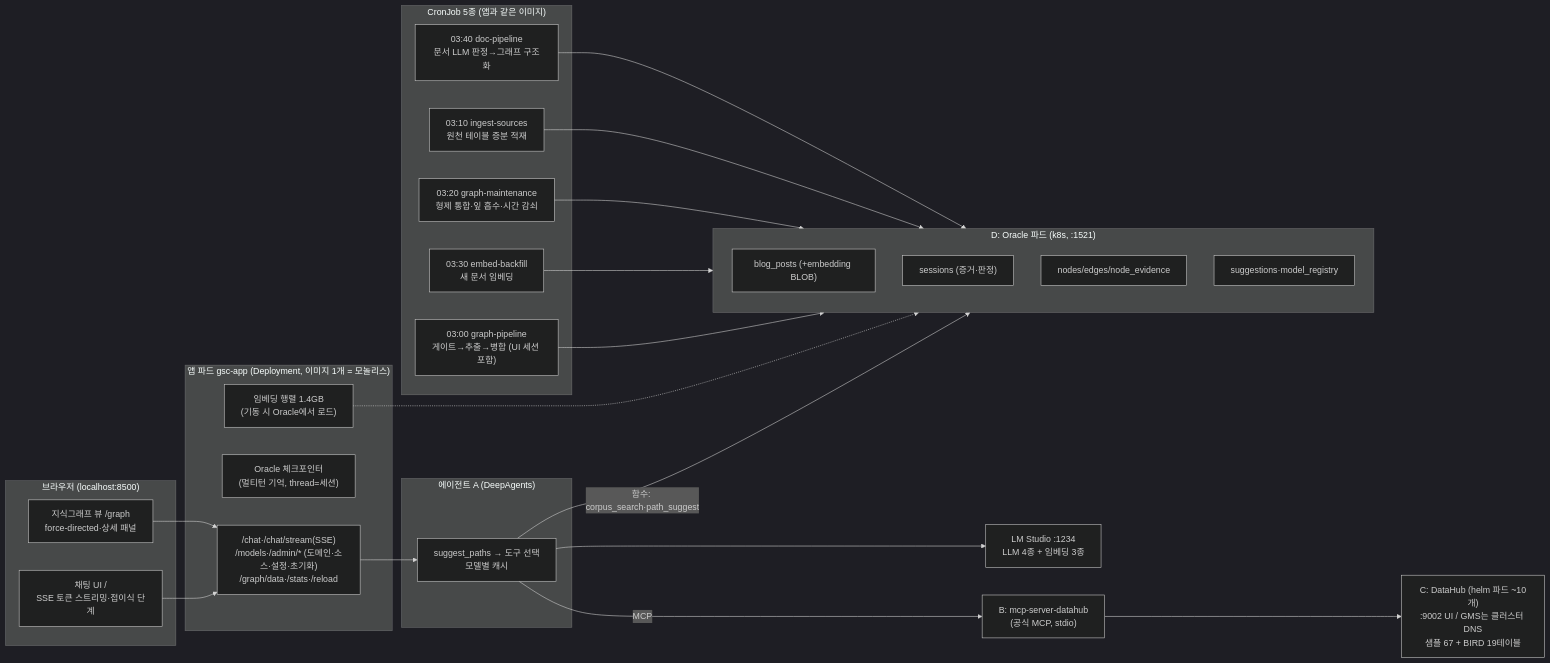
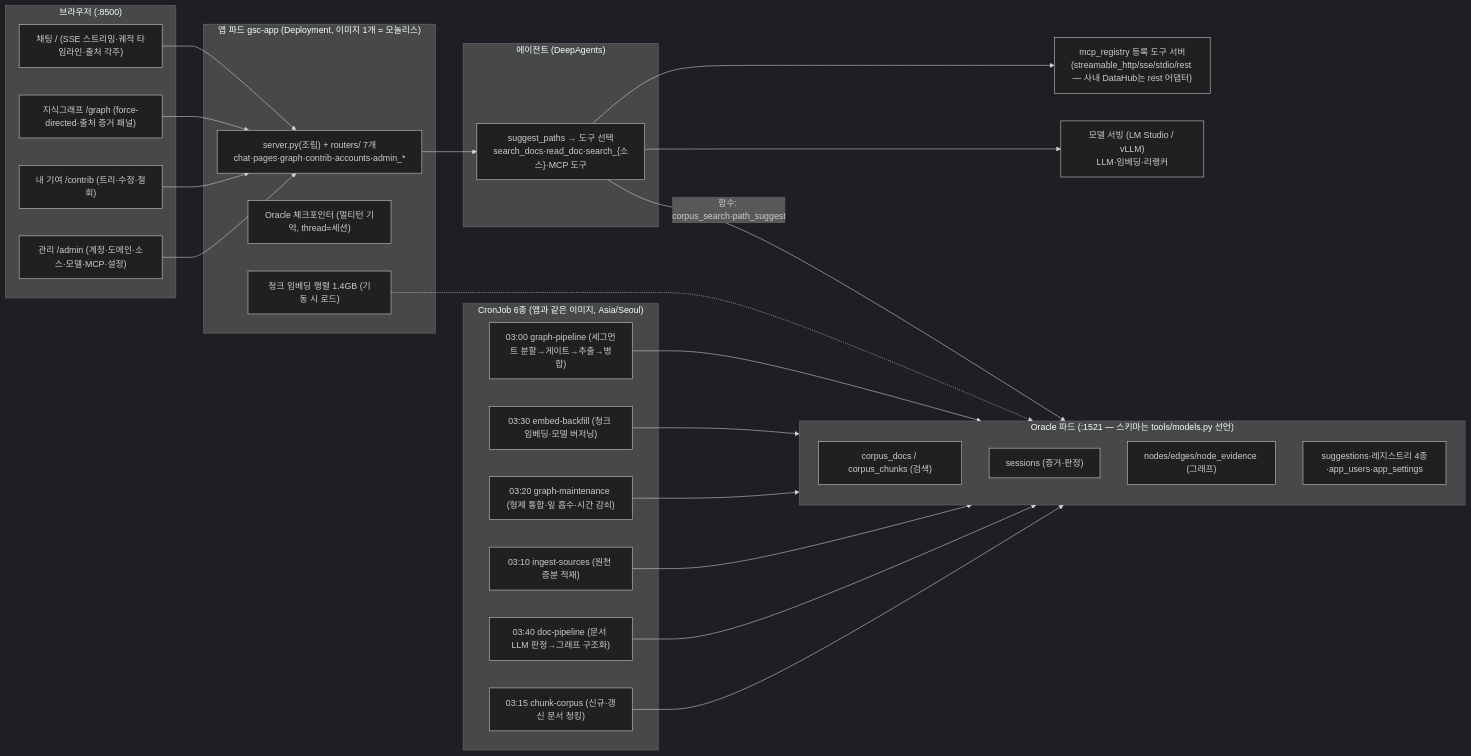
One commit to catinbox276/graph-search-chat changed the diagram in docs/implementation.md. Above: the diagram before and after it, drawn with Mermaid (dark theme). The commit also changed other lines of this file and 3 other files, not shown here.

````diff
--- a/docs/implementation.md
+++ b/docs/implementation.md
@@ -10,38 +10,40 @@
 ```mermaid
 flowchart LR
-    subgraph browser["브라우저 (localhost:8500)"]
-        UI["채팅 UI /<br/>SSE 토큰 스트리밍·접이식 단계"]
-        GV["지식그래프 뷰 /graph<br/>force-directed·상세 패널"]
+    subgraph browser["브라우저 (:8500)"]
+        UI["채팅 / (SSE 스트리밍·궤적 타임라인·출처 각주)"]
+        GV["지식그래프 /graph (force-directed·출처 증거 패널)"]
+        CB["내 기여 /contrib (트리·수정·철회)"]
+        AD["관리 /admin (계정·도메인·소스·모델·MCP·설정)"]
     end
     subgraph srv["앱 파드 gsc-app (Deployment, 이미지 1개 = 모놀리스)"]
-        API["/chat·/chat/stream(SSE)<br/>/models·/admin/* (도메인·소스·설정·초기화)<br/>/graph/data·/stats·/reload"]
-        MEM["Oracle 체크포인터<br/>(멀티턴 기억, thread=세션)"]
-        MTX["임베딩 행렬 1.4GB<br/>(기동 시 Oracle에서 로드)"]
+        API["server.py(조립) + routers/ 7개<br/>chat·pages·graph·contrib·accounts·admin_*"]
+        MEM["Oracle 체크포인터 (멀티턴 기억, thread=세션)"]
+        MTX["청크 임베딩 행렬 1.4GB (기동 시 로드)"]
     end
-    subgraph agentbox["에이전트 A (DeepAgents)"]
-        AG["suggest_paths → 도구 선택<br/>모델별 캐시"]
+    subgraph agentbox["에이전트 (DeepAgents)"]
+        AG["suggest_paths → 도구 선택<br/>search_docs·read_doc·search_{소스}·MCP 도구"]
     end
-    LMS["LM Studio :1234<br/>LLM 4종 + 임베딩 3종"]
-    subgraph ora["D: Oracle 파드 (k8s, :1521)"]
-        T1["blog_posts (+embedding BLOB)"]
+    LMS["모델 서빙 (LM Studio / vLLM)<br/>LLM·임베딩·리랭커"]
+    subgraph ora["Oracle 파드 (:1521 — 스키마는 tools/models.py 선언)"]
+        T1["corpus_docs / corpus_chunks (검색)"]
         T2["sessions (증거·판정)"]
-        T3["nodes/edges/node_evidence"]
-        T4["suggestions·model_registry"]
+        T3["nodes/edges/node_evidence (그래프)"]
+        T4["suggestions·레지스트리 4종·app_users·app_settings"]
     end
-    DH["C: DataHub (helm 파드 ~10개)<br/>:9002 UI / GMS는 클러스터 DNS<br/>샘플 67 + BIRD 19테이블"]
-    MCP["B: mcp-server-datahub<br/>(공식 MCP, stdio)"]
-    UI & GV --> API
+    MCP["mcp_registry 등록 도구 서버<br/>(streamable_http/sse/stdio/rest — 사내 DataHub는 rest 어댑터)"]
+    UI & GV & CB & AD --> API
     API --> AG
     AG -->|"함수: corpus_search·path_suggest"| ora
-    AG -->|MCP| MCP --> DH
+    AG --> MCP
     AG --> LMS
     MTX -.-> ora
-    subgraph batch["CronJob 5종 (앱과 같은 이미지)"]
-        P2["03:00 graph-pipeline<br/>게이트→추출→병합 (UI 세션 포함)"]
-        P5["03:10 ingest-sources<br/>원천 테이블 증분 적재"]
-        P4["03:20 graph-maintenance<br/>형제 통합·잎 흡수·시간 감쇠"]
-        P3["03:30 embed-backfill<br/>새 문서 임베딩"]
-        P6["03:40 doc-pipeline<br/>문서 LLM 판정→그래프 구조화"]
+    subgraph batch["CronJob 6종 (앱과 같은 이미지, Asia/Seoul)"]
+        P2["03:00 graph-pipeline (세그먼트 분할→게이트→추출→병합)"]
+        P5["03:10 ingest-sources (원천 증분 적재)"]
+        P7["03:15 chunk-corpus (신규·갱신 문서 청킹)"]
+        P4["03:20 graph-maintenance (형제 통합·잎 흡수·시간 감쇠)"]
+        P3["03:30 embed-backfill (청크 임베딩·모델 버저닝)"]
+        P6["03:40 doc-pipeline (문서 LLM 판정→그래프 구조화)"]
     end
-    P2 & P3 & P4 & P5 & P6 --> ora
+    P2 & P3 & P4 & P5 & P6 & P7 --> ora
 ```
````
